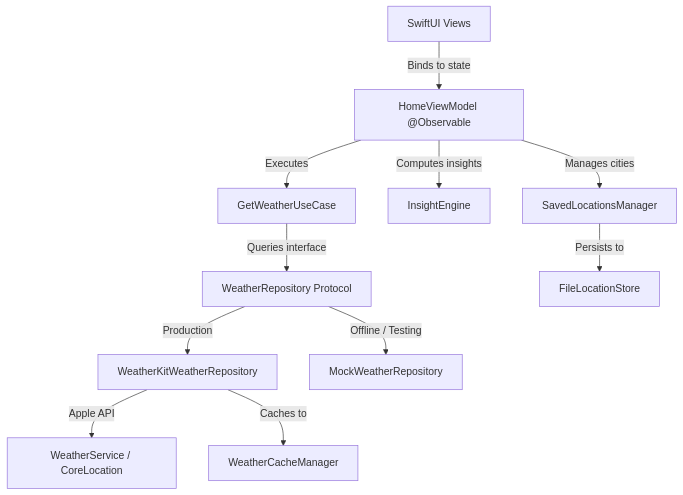
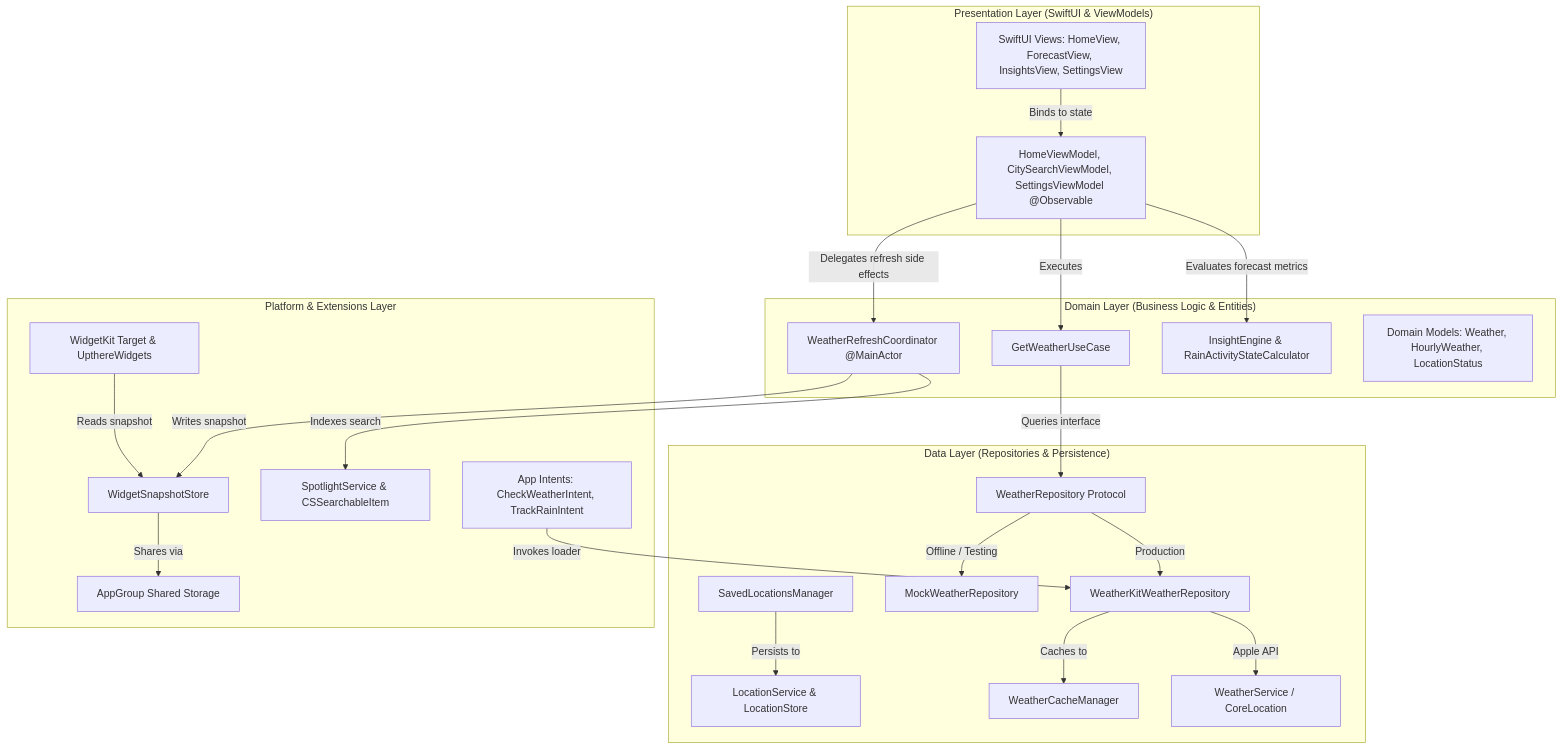
One commit to Vedanshi-Prajapati/Upthere changed the diagram in README.md. Above: the diagram before and after it, drawn with Mermaid. The commit also changed other lines of this file and 130 other files, not shown here.

Commit message:
feat(a11y): add string catalogs, chart accessibility, interactive identifiers, and UI tests

````diff
--- a/README.md
+++ b/README.md
@@ -32,13 +36,46 @@
 ```mermaid
 graph TD
-    UI[SwiftUI Views] -->|Binds to state| VM[HomeViewModel @Observable]
-    VM -->|Executes| UC[GetWeatherUseCase]
-    VM -->|Computes insights| IE[InsightEngine]
-    UC -->|Queries interface| RP[WeatherRepository Protocol]
-    RP -->|Production| WR[WeatherKitWeatherRepository]
-    RP -->|Offline / Testing| MR[MockWeatherRepository]
-    WR -->|Apple API| WK[WeatherService / CoreLocation]
-    WR -->|Caches to| CM[WeatherCacheManager]
-    VM -->|Manages cities| LM[SavedLocationsManager]
-    LM -->|Persists to| FS[FileLocationStore]
+    subgraph Presentation ["Presentation Layer (SwiftUI & ViewModels)"]
+        UI[SwiftUI Views: HomeView, ForecastView, InsightsView, SettingsView]
+        VM[HomeViewModel, CitySearchViewModel, SettingsViewModel @Observable]
+        UI -->|Binds to state| VM
+    end
+
+    subgraph Domain ["Domain Layer (Business Logic & Entities)"]
+        UC[GetWeatherUseCase]
+        RC[WeatherRefreshCoordinator @MainActor]
+        IE[InsightEngine & RainActivityStateCalculator]
+        DM[Domain Models: Weather, HourlyWeather, LocationStatus]
+        VM -->|Executes| UC
+        VM -->|Delegates refresh side effects| RC
+        VM -->|Evaluates forecast metrics| IE
+    end
+
+    subgraph Data ["Data Layer (Repositories & Persistence)"]
+        RP[WeatherRepository Protocol]
+        WR[WeatherKitWeatherRepository]
+        MR[MockWeatherRepository]
+        LS[LocationService & LocationStore]
+        LM[SavedLocationsManager]
+        CM[WeatherCacheManager]
+        UC -->|Queries interface| RP
+        RP -->|Production| WR
+        RP -->|Offline / Testing| MR
+        WR -->|Apple API| WK[WeatherService / CoreLocation]
+        WR -->|Caches to| CM
+        LM -->|Persists to| LS
+    end
+
+    subgraph Platform ["Platform & Extensions Layer"]
+        WID[WidgetKit Target & UpthereWidgets]
+        WSS[WidgetSnapshotStore]
+        SI[SpotlightService & CSSearchableItem]
+        AI[App Intents: CheckWeatherIntent, TrackRainIntent]
+        AG[AppGroup Shared Storage]
+        RC -->|Writes snapshot| WSS
+        RC -->|Indexes search| SI
+        WID -->|Reads snapshot| WSS
+        AI -->|Invokes loader| WR
+        WSS -->|Shares via| AG
+    end
 ```
````
